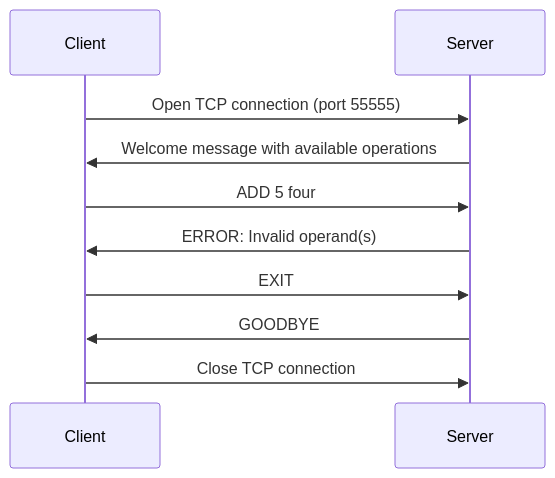
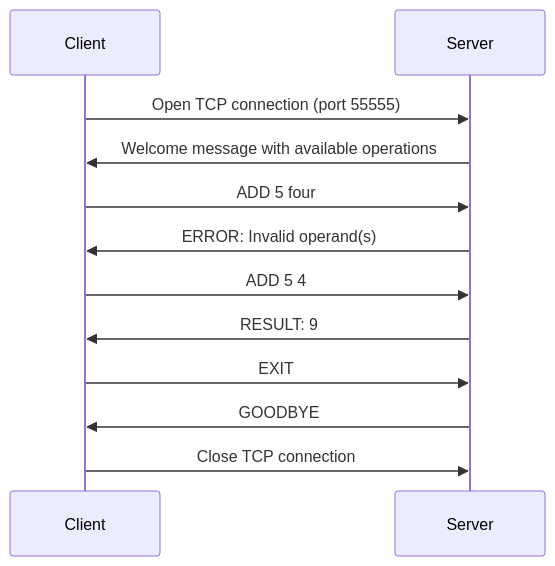
One commit to ryadbouzourene/dai-lab-protocoldesign-bouzourene-christen changed the third of 5 diagrams in specs/ryadbouzourene_Anthony-Christen/protocol.md. Above: the diagram before and after it, drawn with Mermaid.

````diff
--- a/specs/ryadbouzourene_Anthony-Christen/protocol.md
+++ b/specs/ryadbouzourene_Anthony-Christen/protocol.md
@@ -113,13 +113,15 @@
 ```mermaid
 sequenceDiagram
   participant Client
   participant Server
 
   Client->>Server: Open TCP connection (port 55555)
   Server->>Client: Welcome message with available operations
   Client->>Server: ADD 5 four
   Server->>Client: ERROR: Invalid operand(s)
+  Client->>Server: ADD 5 4
+  Server->>Client: RESULT: 9
   Client->>Server: EXIT
   Server->>Client: GOODBYE
   Client->>Server: Close TCP connection
 ```
````
